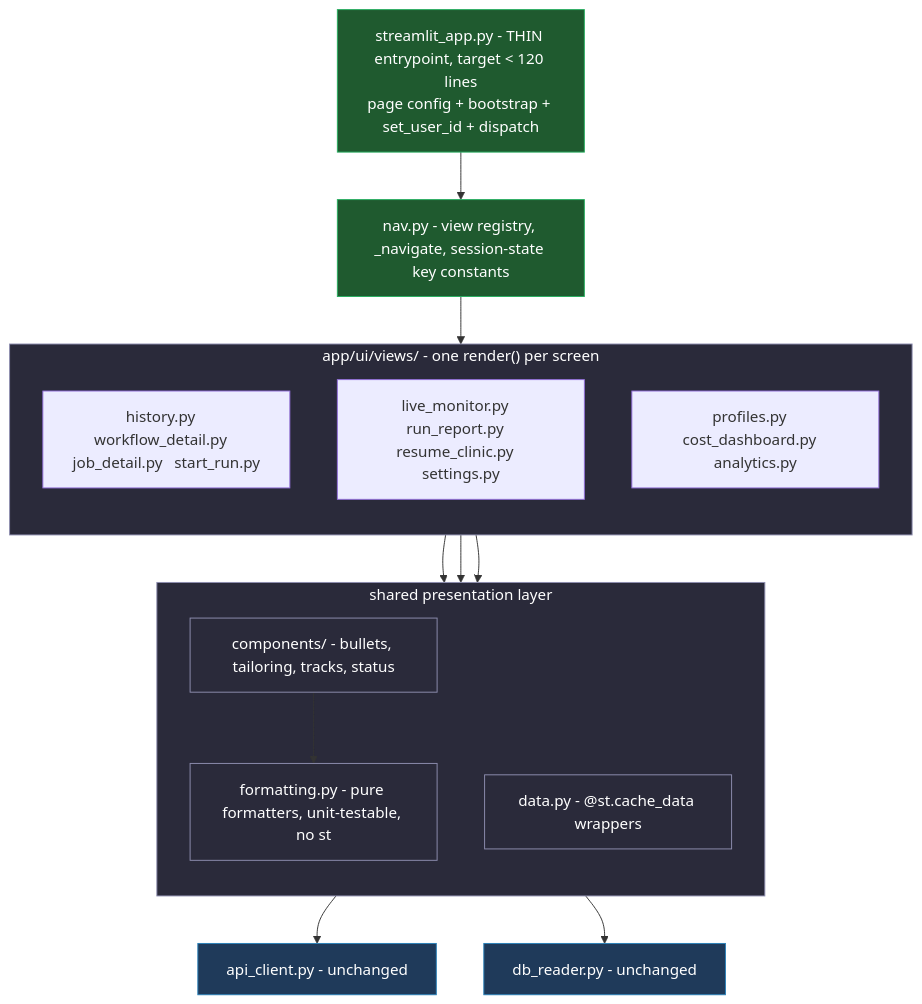
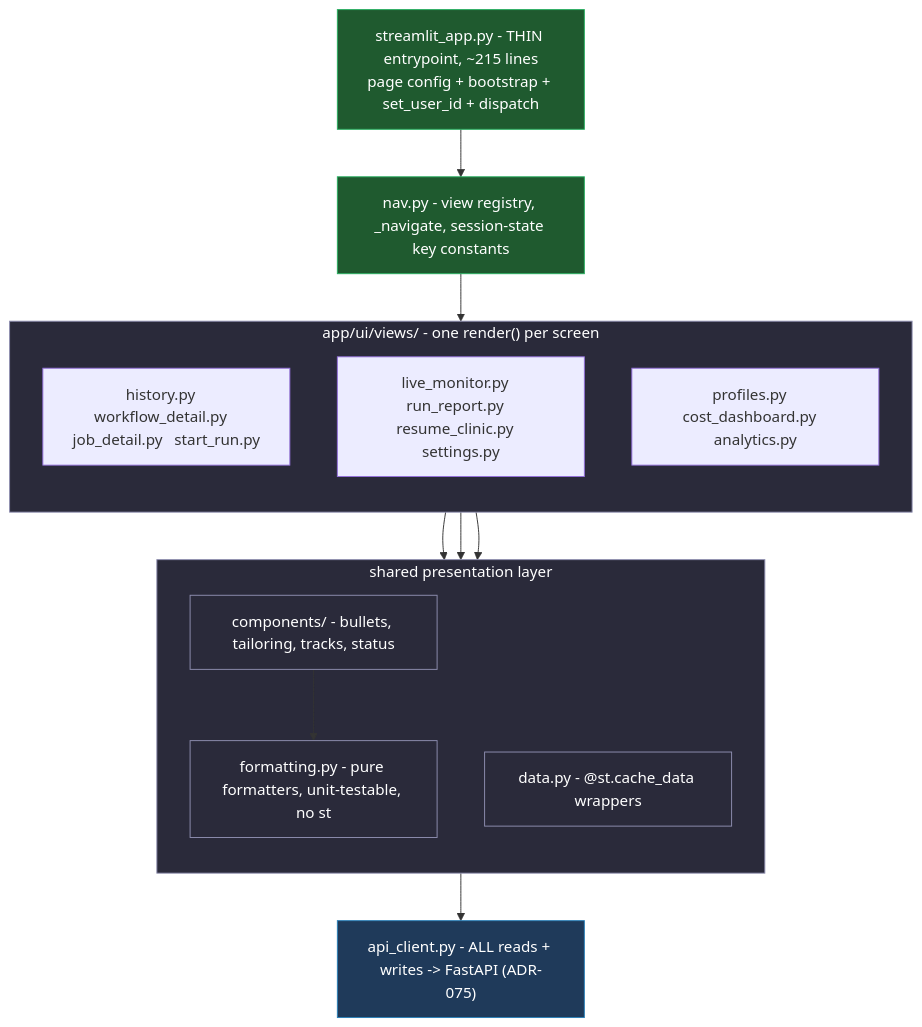
Before and after one commit to suthrams/jobsearchagent-v2: the diagram in docs/architecture/images/ui_refactor_after.mmd, drawn with Mermaid. The commit also changed 13 other files, not shown here.

```diff
--- a/docs/architecture/images/ui_refactor_after.mmd
+++ b/docs/architecture/images/ui_refactor_after.mmd
@@ -1,36 +1,37 @@
+%% Textual mirror only. The published PNG is rendered from
+%% tools/figure_renderer/specs/ui_refactor_after.json (deterministic figure
+%% renderer), not from this file. Reflects the current post-ADR-075 state.
 flowchart TB
-    entry["streamlit_app.py - THIN entrypoint, target < 120 lines<br/>page config + bootstrap + set_user_id + dispatch"]
+    entry["streamlit_app.py - THIN entrypoint, ~215 lines<br/>page config + bootstrap + set_user_id + dispatch"]
     nav["nav.py - view registry, _navigate, session-state key constants"]
 
     subgraph VIEWS["app/ui/views/ - one render() per screen"]
         direction TB
         vrow1["history.py   workflow_detail.py   job_detail.py   start_run.py"]
         vrow2["live_monitor.py   run_report.py   resume_clinic.py   settings.py"]
         vrow3["profiles.py   cost_dashboard.py   analytics.py"]
     end
 
     subgraph SHARED["shared presentation layer"]
         direction TB
         comp["components/ - bullets, tailoring, tracks, status"]
         fmt["formatting.py - pure formatters, unit-testable, no st"]
         data["data.py - @st.cache_data wrappers"]
     end
 
-    api["api_client.py - unchanged"]
-    db["db_reader.py - unchanged"]
+    api["api_client.py - ALL reads + writes -> FastAPI (ADR-075)"]
 
     entry --> nav
     nav --> VIEWS
     VIEWS --> comp
     VIEWS --> fmt
     VIEWS --> data
     comp --> fmt
     data --> api
-    data --> db
 
     classDef thin fill:#1f5a2f,stroke:#27ae60,color:#fff
     classDef pkg fill:#2a2a3a,stroke:#8e8eb0,color:#fff
     classDef seam fill:#1f3a5a,stroke:#2980b9,color:#fff
     class entry,nav thin
     class VIEWS,SHARED,comp,fmt,data pkg
-    class api,db seam
+    class api seam
```
